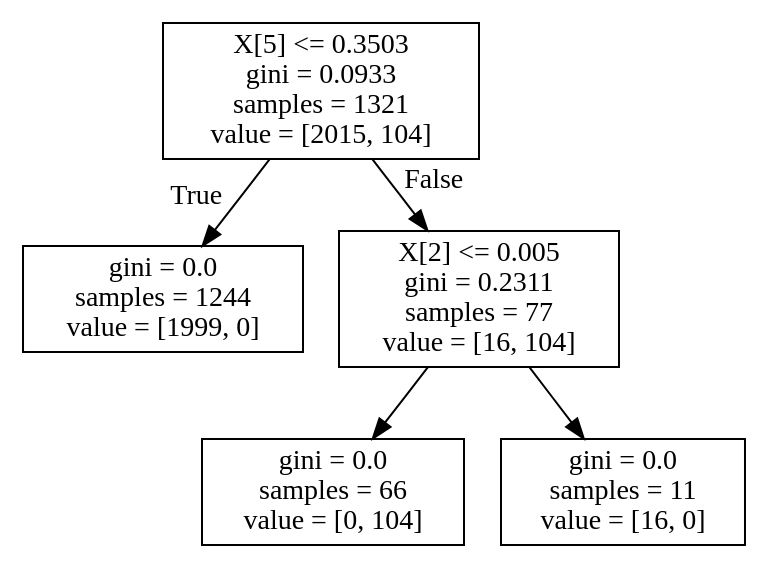
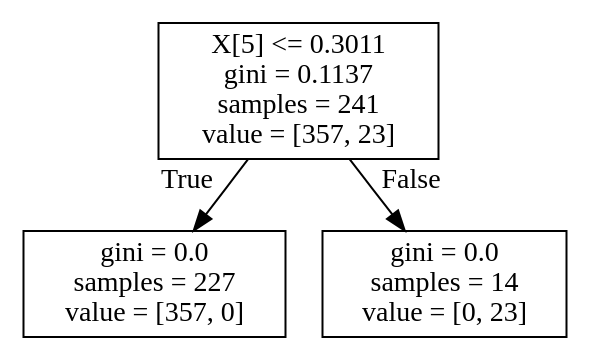
Before and after one commit to imwack/facebook: the diagram in 4.dot, drawn with Graphviz. The commit also changed 23 other files, not shown here.

```diff
--- a/4.dot
+++ b/4.dot
@@ -1,12 +1,8 @@
 digraph Tree {
 node [shape=box] ;
-0 [label="X[5] <= 0.3503\ngini = 0.0933\nsamples = 1321\nvalue = [2015, 104]"] ;
-1 [label="gini = 0.0\nsamples = 1244\nvalue = [1999, 0]"] ;
+0 [label="X[5] <= 0.3011\ngini = 0.1137\nsamples = 241\nvalue = [357, 23]"] ;
+1 [label="gini = 0.0\nsamples = 227\nvalue = [357, 0]"] ;
 0 -> 1 [labeldistance=2.5, labelangle=45, headlabel="True"] ;
-2 [label="X[2] <= 0.005\ngini = 0.2311\nsamples = 77\nvalue = [16, 104]"] ;
+2 [label="gini = 0.0\nsamples = 14\nvalue = [0, 23]"] ;
 0 -> 2 [labeldistance=2.5, labelangle=-45, headlabel="False"] ;
-3 [label="gini = 0.0\nsamples = 66\nvalue = [0, 104]"] ;
-2 -> 3 ;
-4 [label="gini = 0.0\nsamples = 11\nvalue = [16, 0]"] ;
-2 -> 4 ;
 }
```
